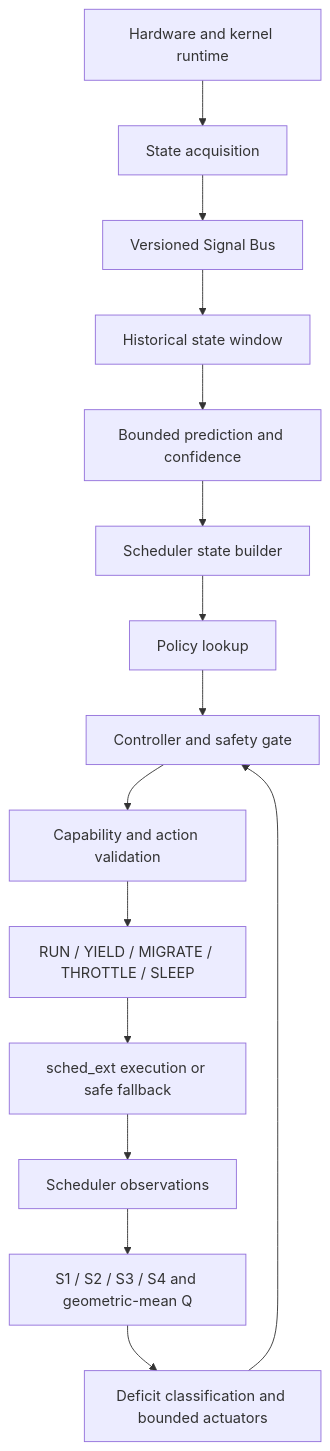
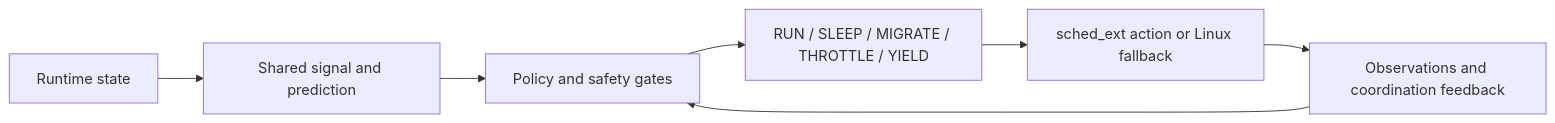
One commit to Aether-0/ORCHESTRA-OS changed the diagram in README.md. Above: the diagram before and after it, drawn with Mermaid. The commit also changed other lines of this file and 3880 other files, not shown here.

````diff
--- a/README.md
+++ b/README.md
@@ -19,17 +41,9 @@
 ```mermaid
-flowchart TD
-    H[Hardware and kernel runtime] --> A[State acquisition]
-    A --> S[Versioned Signal Bus]
-    S --> W[Historical state window]
-    W --> P[Bounded prediction and confidence]
-    P --> B[Scheduler state builder]
-    B --> L[Policy lookup]
-    L --> C[Controller and safety gate]
-    C --> V[Capability and action validation]
-    V --> X[RUN / YIELD / MIGRATE / THROTTLE / SLEEP]
-    X --> E[sched_ext execution or safe fallback]
-    E --> O[Scheduler observations]
-    O --> Q[S1 / S2 / S3 / S4 and geometric-mean Q]
-    Q --> F[Deficit classification and bounded actuators]
+flowchart LR
+    A[Runtime state] --> B[Shared signal and prediction]
+    B --> C[Policy and safety gates]
+    C --> D[RUN / SLEEP / MIGRATE / THROTTLE / YIELD]
+    D --> E[sched_ext action or Linux fallback]
+    E --> F[Observations and coordination feedback]
     F --> C
 ```
````
